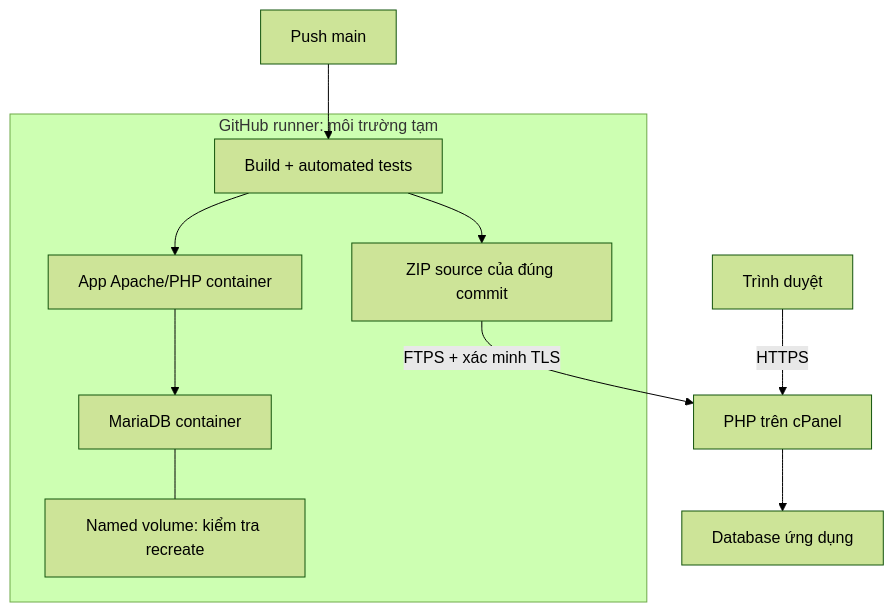
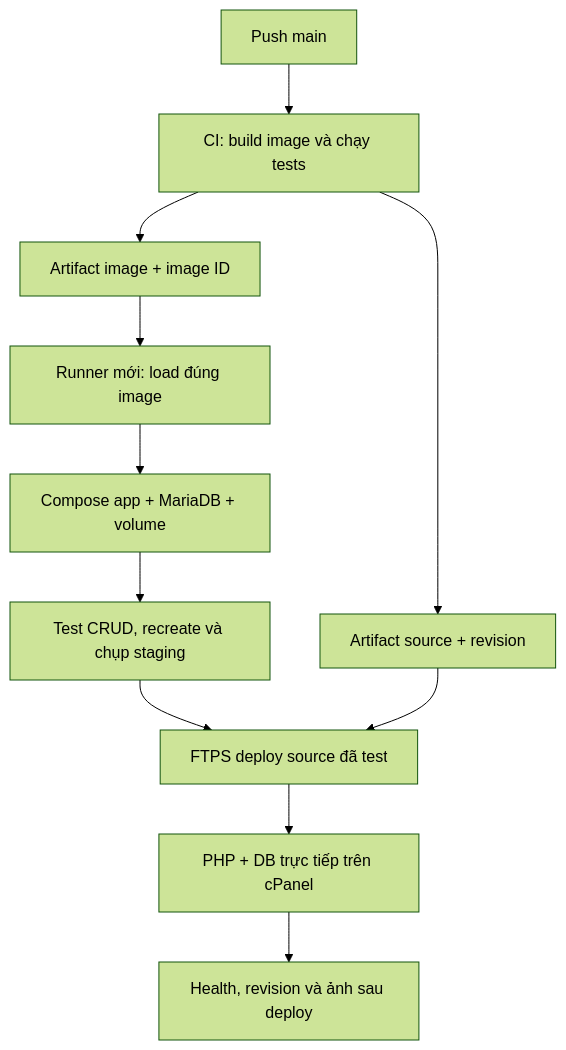
One commit to nathyu-le/DevopQLYFood changed the diagram in docs/WEEK2_ARCHITECTURE.md. Above: the diagram before and after it, drawn with Mermaid (forest theme). The commit also changed other lines of this file and 24 other files, not shown here.

````diff
--- a/docs/WEEK2_ARCHITECTURE.md
+++ b/docs/WEEK2_ARCHITECTURE.md
@@ -5,13 +5,13 @@
 ```mermaid
 flowchart TD
-    Commit["Push main"] --> Checks["Build + automated tests"]
-    subgraph CI["GitHub runner: môi trường tạm"]
-        Checks --> AppCI["App Apache/PHP container"]
-        AppCI --> DbCI["MariaDB container"]
-        DbCI --- Volume["Named volume: kiểm tra recreate"]
-        Checks --> Package["ZIP source của đúng commit"]
-    end
-    Package -->|"FTPS + xác minh TLS"| App["PHP trên cPanel"]
-    Browser["Trình duyệt"] -->|HTTPS| App
-    App --> DB["Database ứng dụng"]
+    Push["Push main"] --> CI["CI: build image và chạy tests"]
+    CI --> Image["Artifact image + image ID"]
+    CI --> Source["Artifact source + revision"]
+    Image --> Stage["Runner mới: load đúng image"]
+    Stage --> Compose["Compose app + MariaDB + volume"]
+    Compose --> Verify["Test CRUD, recreate và chụp staging"]
+    Verify --> Deploy["FTPS deploy source đã test"]
+    Source --> Deploy
+    Deploy --> Live["PHP + DB trực tiếp trên cPanel"]
+    Live --> Evidence["Health, revision và ảnh sau deploy"]
 ```
````
